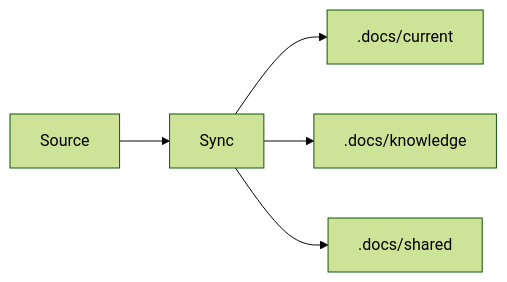
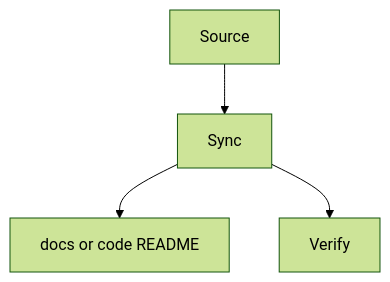
The diagram in .workflow/templates/sync.md (FlutteryEmbers/workflow), drawn with Mermaid (forest theme) before and after one commit. The commit also changed other lines of this file and 50 other files, not shown here.

````diff
--- a/.workflow/templates/sync.md
+++ b/.workflow/templates/sync.md
@@ -15,7 +27,6 @@
 ```mermaid
-flowchart LR
+flowchart TD
     source_node["Source"] --> sync_node["Sync"]
-    sync_node --> current_node[".docs/current"]
-    sync_node --> knowledge_node[".docs/knowledge"]
-    sync_node --> shared_node[".docs/shared"]
+    sync_node --> docs_node["docs or code README"]
+    sync_node --> verify_node["Verify"]
 ```
````
